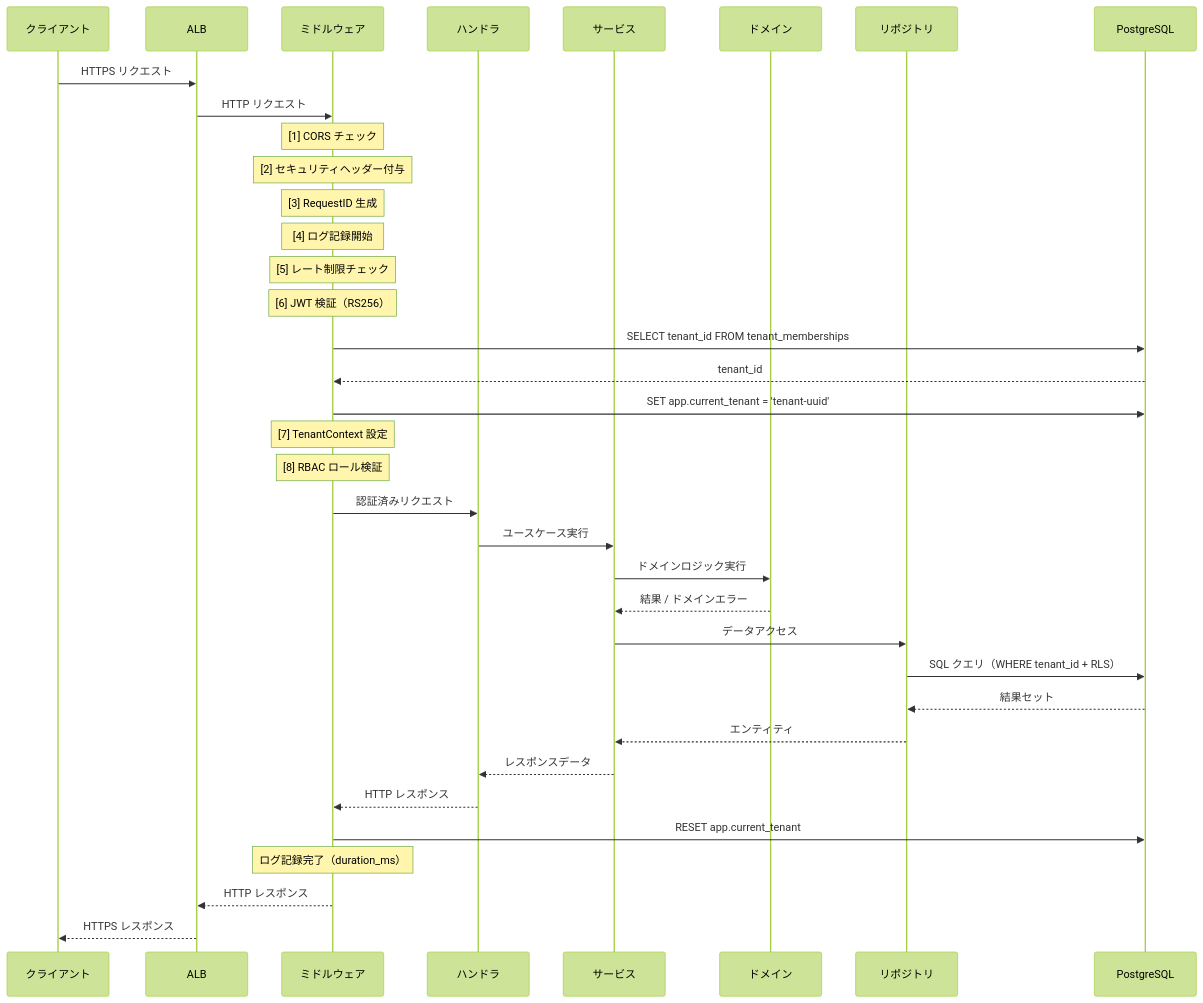
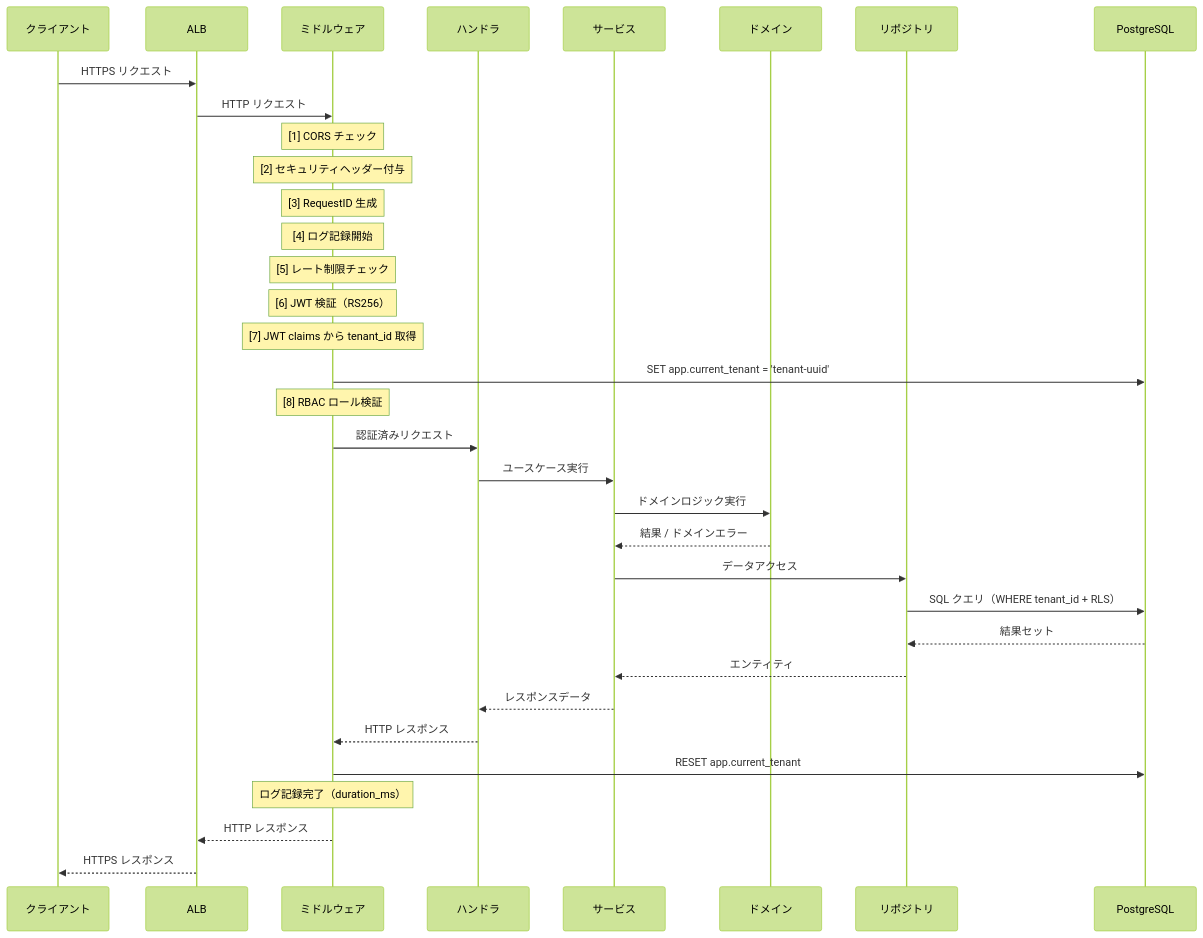
The second of 7 diagrams in deliverables/docs/30_arch/diagrams.md (atsuro128/dev-journal), drawn with Mermaid (forest theme) before and after one commit. The commit also changed other lines of this file and 8 other files, not shown here.

````diff
--- a/deliverables/docs/30_arch/diagrams.md
+++ b/deliverables/docs/30_arch/diagrams.md
@@ -48,43 +51,41 @@
 ```mermaid
 sequenceDiagram
     participant C as クライアント
     participant ALB
     participant MW as ミドルウェア
     participant H as ハンドラ
     participant S as サービス
     participant D as ドメイン
     participant R as リポジトリ
     participant DB as PostgreSQL
 
     C->>ALB: HTTPS リクエスト
     ALB->>MW: HTTP リクエスト
 
     Note over MW: [1] CORS チェック
     Note over MW: [2] セキュリティヘッダー付与
     Note over MW: [3] RequestID 生成
     Note over MW: [4] ログ記録開始
     Note over MW: [5] レート制限チェック
     Note over MW: [6] JWT 検証（RS256）
-    MW->>DB: SELECT tenant_id FROM tenant_memberships
-    DB-->>MW: tenant_id
+    Note over MW: [7] JWT claims から tenant_id 取得
     MW->>DB: SET app.current_tenant = 'tenant-uuid'
-    Note over MW: [7] TenantContext 設定
     Note over MW: [8] RBAC ロール検証
 
     MW->>H: 認証済みリクエスト
     H->>S: ユースケース実行
     S->>D: ドメインロジック実行
     D-->>S: 結果 / ドメインエラー
     S->>R: データアクセス
     R->>DB: SQL クエリ（WHERE tenant_id + RLS）
     DB-->>R: 結果セット
     R-->>S: エンティティ
     S-->>H: レスポンスデータ
     H-->>MW: HTTP レスポンス
 
     MW->>DB: RESET app.current_tenant
     Note over MW: ログ記録完了（duration_ms）
 
     MW-->>ALB: HTTP レスポンス
     ALB-->>C: HTTPS レスポンス
 ```
````
